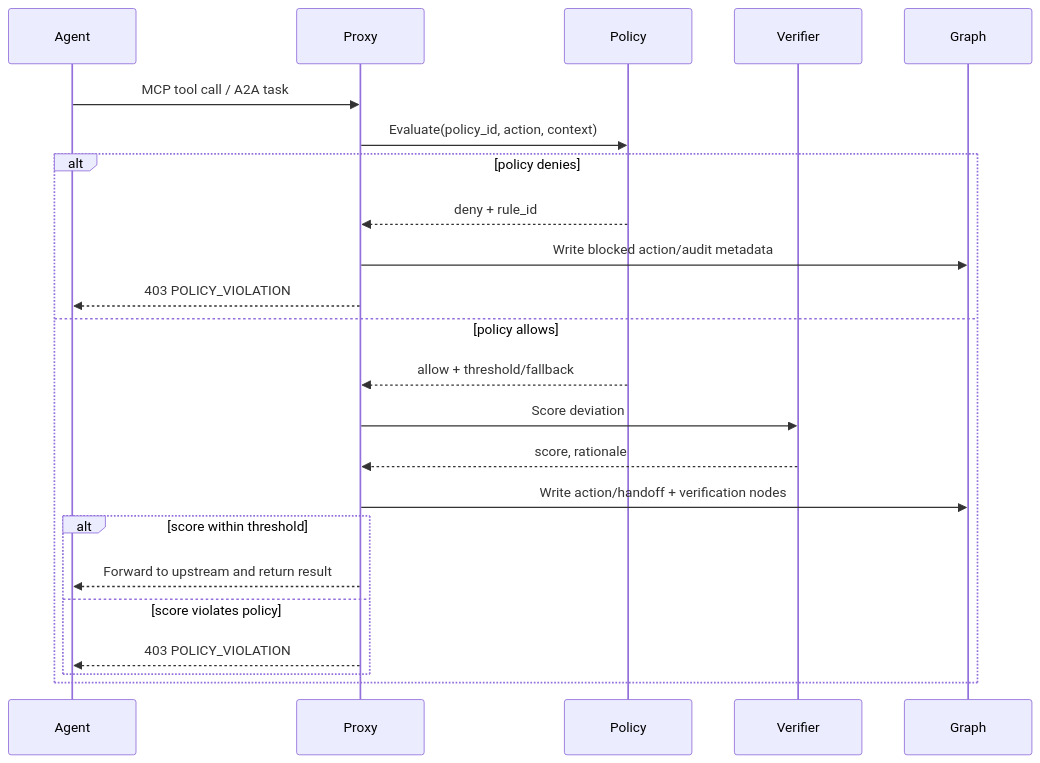
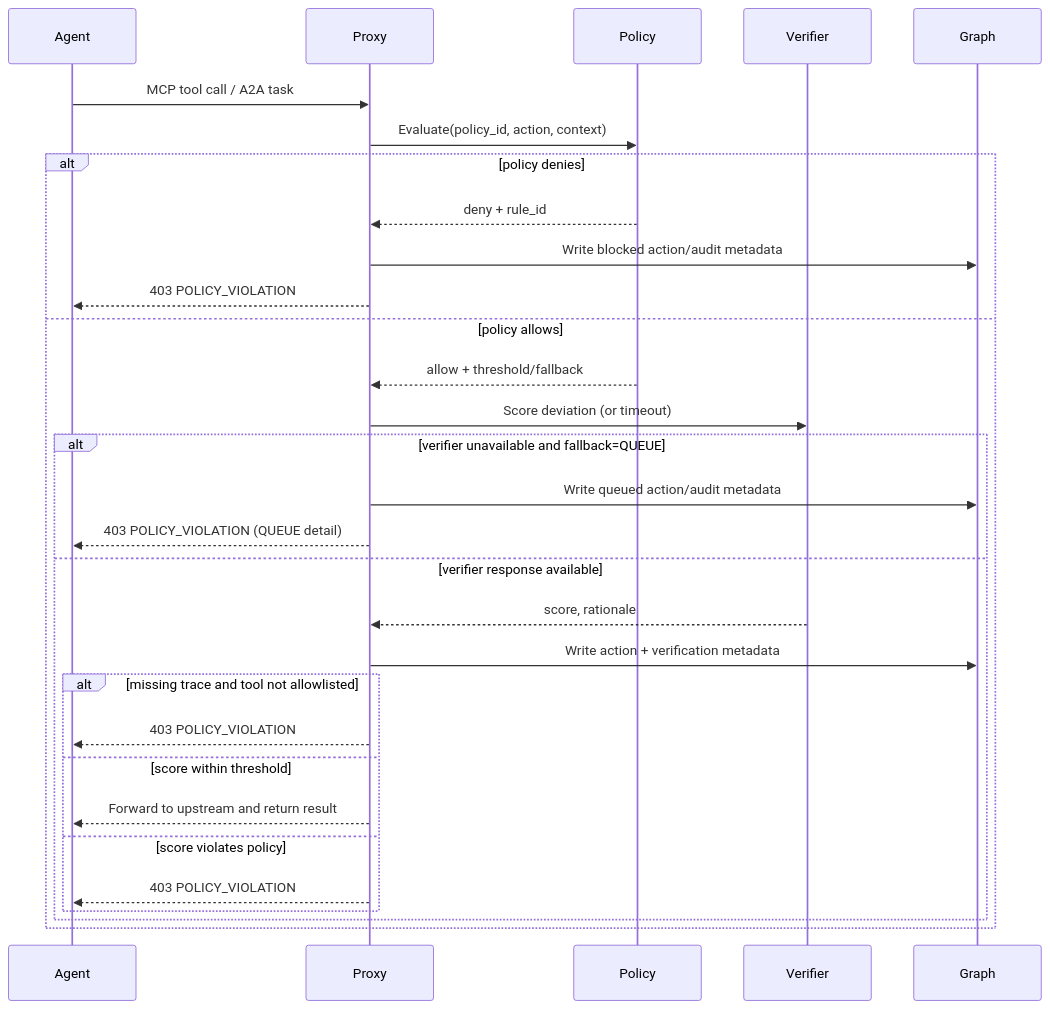
Before and after one commit to yagna-1/astragraph: the second of 2 diagrams in README.md, drawn with Mermaid. The commit also changed other lines of this file, not shown here.

Commit message:
Docs: align architecture and decision flow diagrams

````diff
--- a/README.md
+++ b/README.md
@@ -56,26 +56,33 @@
 ```mermaid
 sequenceDiagram
     participant A as Agent
     participant P as Proxy
     participant S as Policy
     participant V as Verifier
     participant G as Graph
 
     A->>P: MCP tool call / A2A task
     P->>S: Evaluate(policy_id, action, context)
     alt policy denies
       S-->>P: deny + rule_id
       P->>G: Write blocked action/audit metadata
       P-->>A: 403 POLICY_VIOLATION
     else policy allows
       S-->>P: allow + threshold/fallback
-      P->>V: Score deviation
-      V-->>P: score, rationale
-      P->>G: Write action/handoff + verification nodes
-      alt score within threshold
-        P-->>A: Forward to upstream and return result
-      else score violates policy
-        P-->>A: 403 POLICY_VIOLATION
+      P->>V: Score deviation (or timeout)
+      alt verifier unavailable and fallback=QUEUE
+        P->>G: Write queued action/audit metadata
+        P-->>A: 403 POLICY_VIOLATION (QUEUE detail)
+      else verifier response available
+        V-->>P: score, rationale
+        P->>G: Write action + verification metadata
+        alt missing trace and tool not allowlisted
+          P-->>A: 403 POLICY_VIOLATION
+        else score within threshold
+          P-->>A: Forward to upstream and return result
+        else score violates policy
+          P-->>A: 403 POLICY_VIOLATION
+        end
       end
     end
 ```
````
